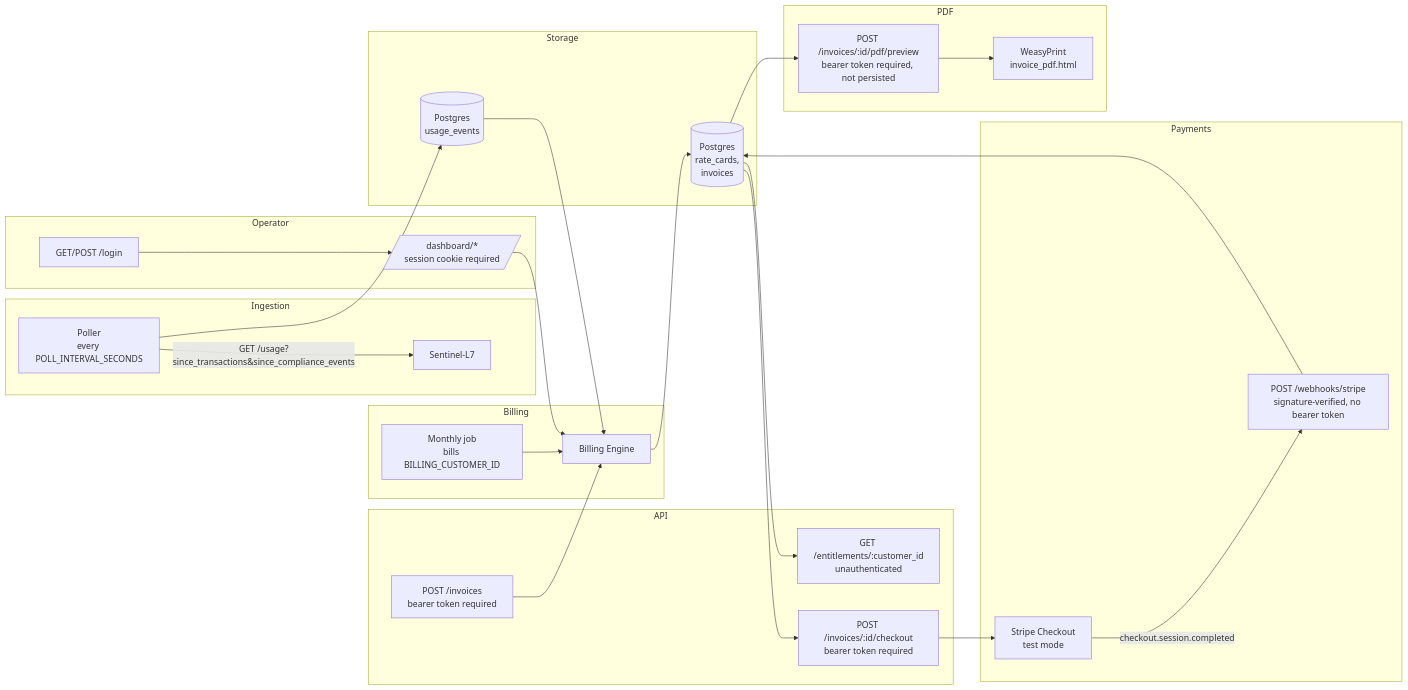
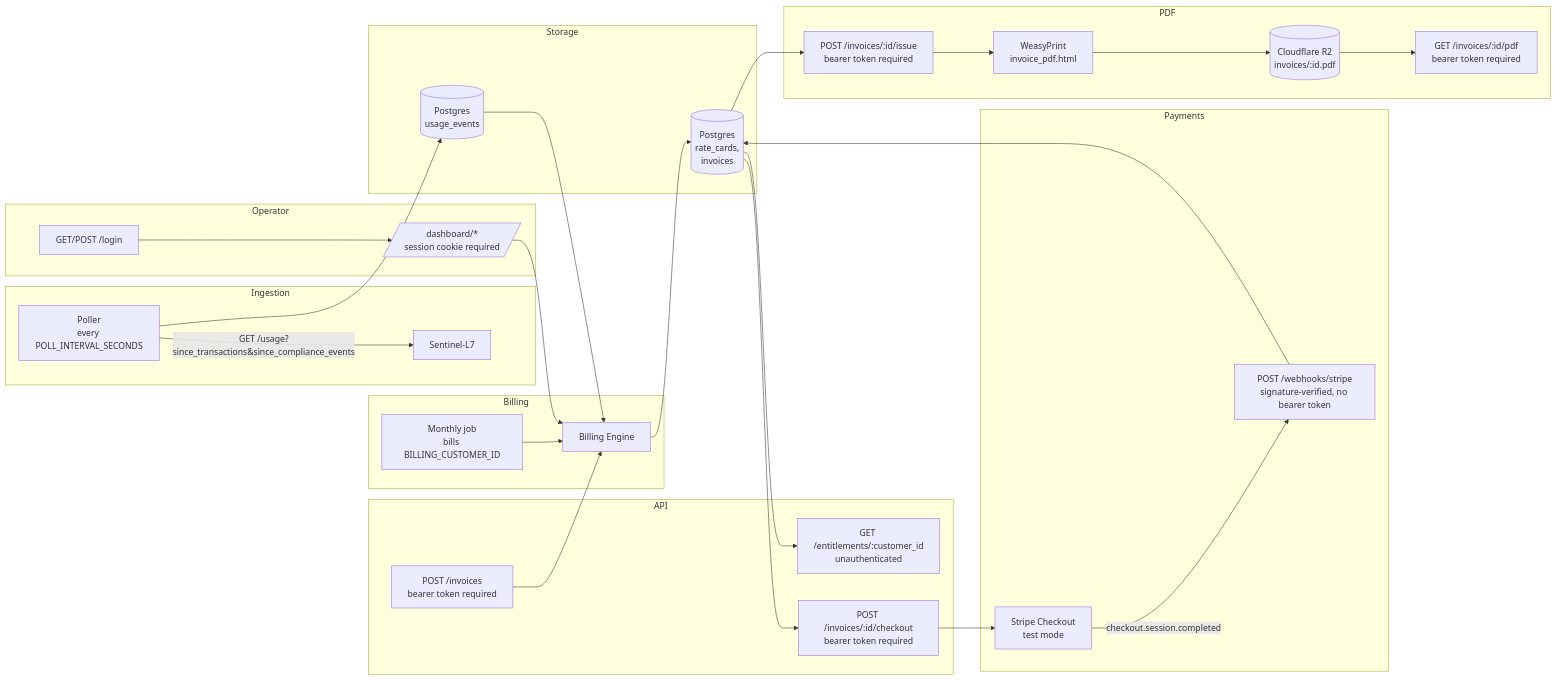
One commit to obrienma/Ledger-L5 changed the diagram in README.md. Above: the diagram before and after it, drawn with Mermaid. The commit also changed other lines of this file and 14 other files, not shown here.

````diff
--- a/README.md
+++ b/README.md
@@ -94,45 +97,49 @@
 ```mermaid
 flowchart LR
     subgraph Ingestion
         A[Poller<br/>every POLL_INTERVAL_SECONDS] -->|GET /usage?since_transactions&since_compliance_events| B[Sentinel-L7]
     end
     subgraph Storage
         C[(Postgres<br/>usage_events)]
         D[(Postgres<br/>rate_cards,<br/>invoices)]
     end
     subgraph Billing
         E[Billing Engine]
         M[Monthly job<br/>bills BILLING_CUSTOMER_ID]
     end
     subgraph API
         F[GET /entitlements/:customer_id<br/>unauthenticated]
         G[POST /invoices<br/>bearer token required]
         H[POST /invoices/:id/checkout<br/>bearer token required]
     end
     subgraph Operator
         L[GET/POST /login]
         Dash[/dashboard/*<br/>session cookie required/]
     end
     subgraph Payments
         S[Stripe Checkout<br/>test mode]
         W[POST /webhooks/stripe<br/>signature-verified, no bearer token]
     end
     subgraph PDF
-        P[POST /invoices/:id/pdf/preview<br/>bearer token required, not persisted]
+        I[POST /invoices/:id/issue<br/>bearer token required]
         WP[WeasyPrint<br/>invoice_pdf.html]
+        R2[(Cloudflare R2<br/>invoices/:id.pdf)]
+        DL[GET /invoices/:id/pdf<br/>bearer token required]
     end
     A --> C
     C --> E
     M --> E
     E --> D
     D --> F
     G --> E
     L --> Dash
     Dash --> E
     D --> H
     H --> S
     S -->|checkout.session.completed| W
     W --> D
-    D --> P
-    P --> WP
+    D --> I
+    I --> WP
+    WP --> R2
+    R2 --> DL
 ```
````
